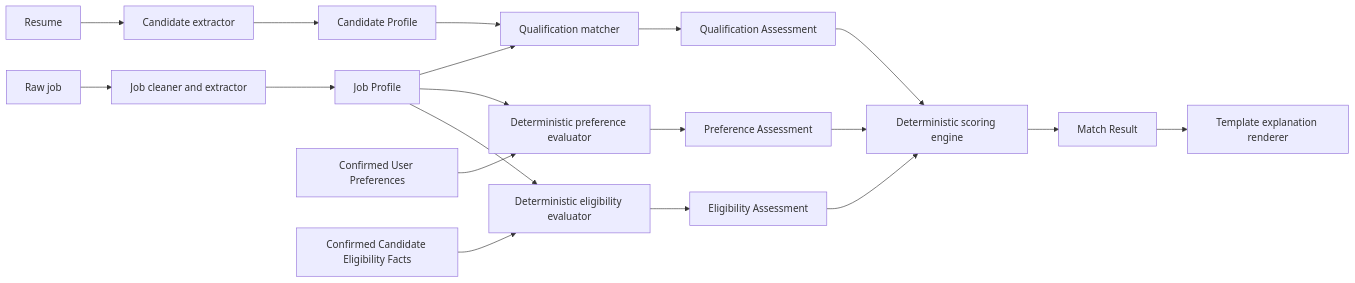
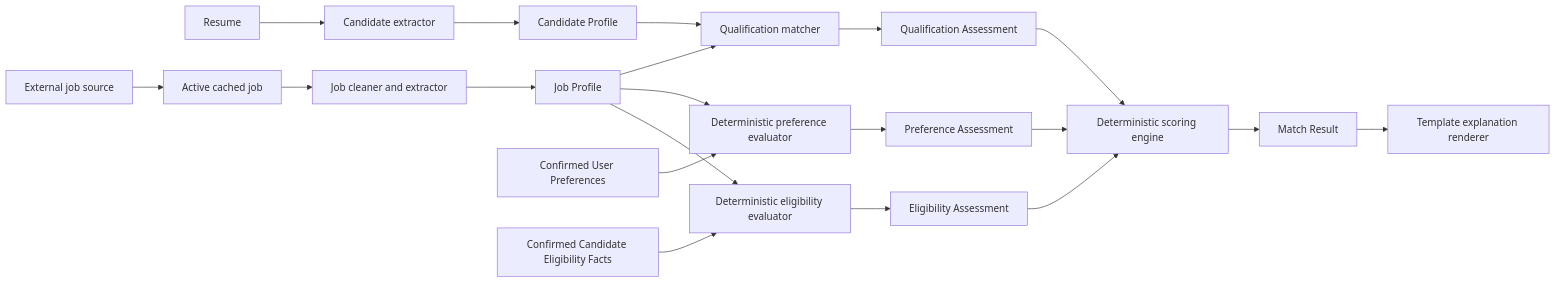
Before and after one commit to glicxu/dali_job: the diagram in docs/3-step_matching_v2.md, drawn with Mermaid. The commit also changed other lines of this file and 36 other files, not shown here.

````diff
--- a/docs/3-step_matching_v2.md
+++ b/docs/3-step_matching_v2.md
@@ -24,21 +32,22 @@
 ```mermaid
 flowchart LR
     R[Resume] --> CE[Candidate extractor]
     CE --> CP[Candidate Profile]
-    J[Raw job] --> JE[Job cleaner and extractor]
+    X[External job source] --> JC[Active cached job]
+    JC --> JE[Job cleaner and extractor]
     JE --> JP[Job Profile]
     CP --> QM[Qualification matcher]
     JP --> QM
     QM --> QA[Qualification Assessment]
     U[Confirmed User Preferences] --> PE[Deterministic preference evaluator]
     JP --> PE
     PE --> PA[Preference Assessment]
     E[Confirmed Candidate Eligibility Facts] --> EE[Deterministic eligibility evaluator]
     JP --> EE
     EE --> EA[Eligibility Assessment]
     QA --> SE[Deterministic scoring engine]
     PA --> SE
     EA --> SE
     SE --> MR[Match Result]
     MR --> ER[Template explanation renderer]
 ```
````
